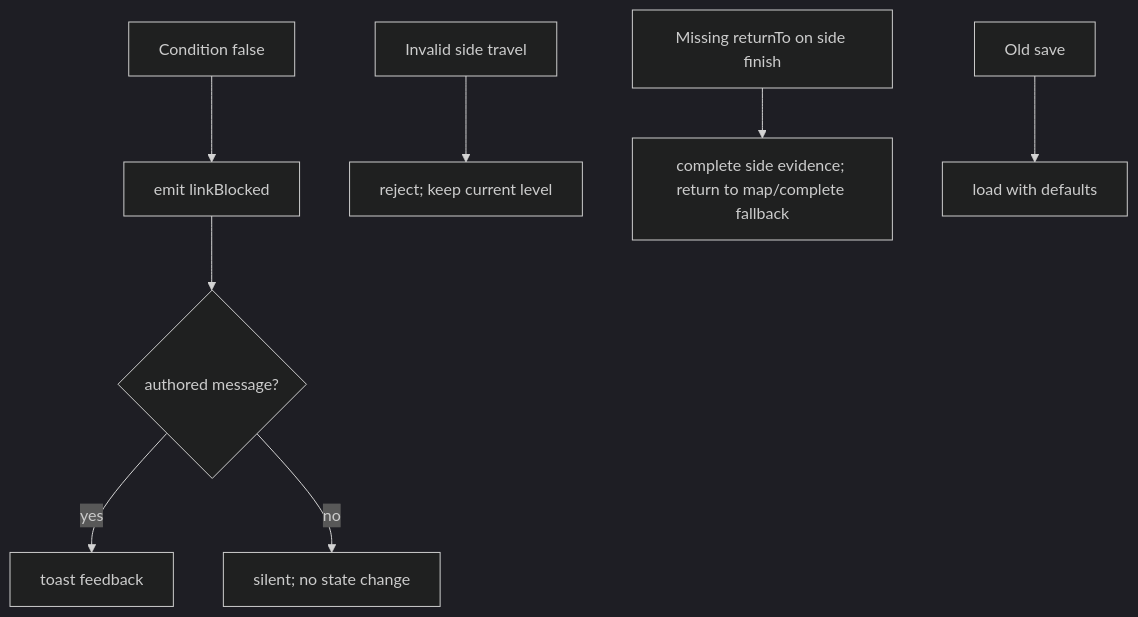
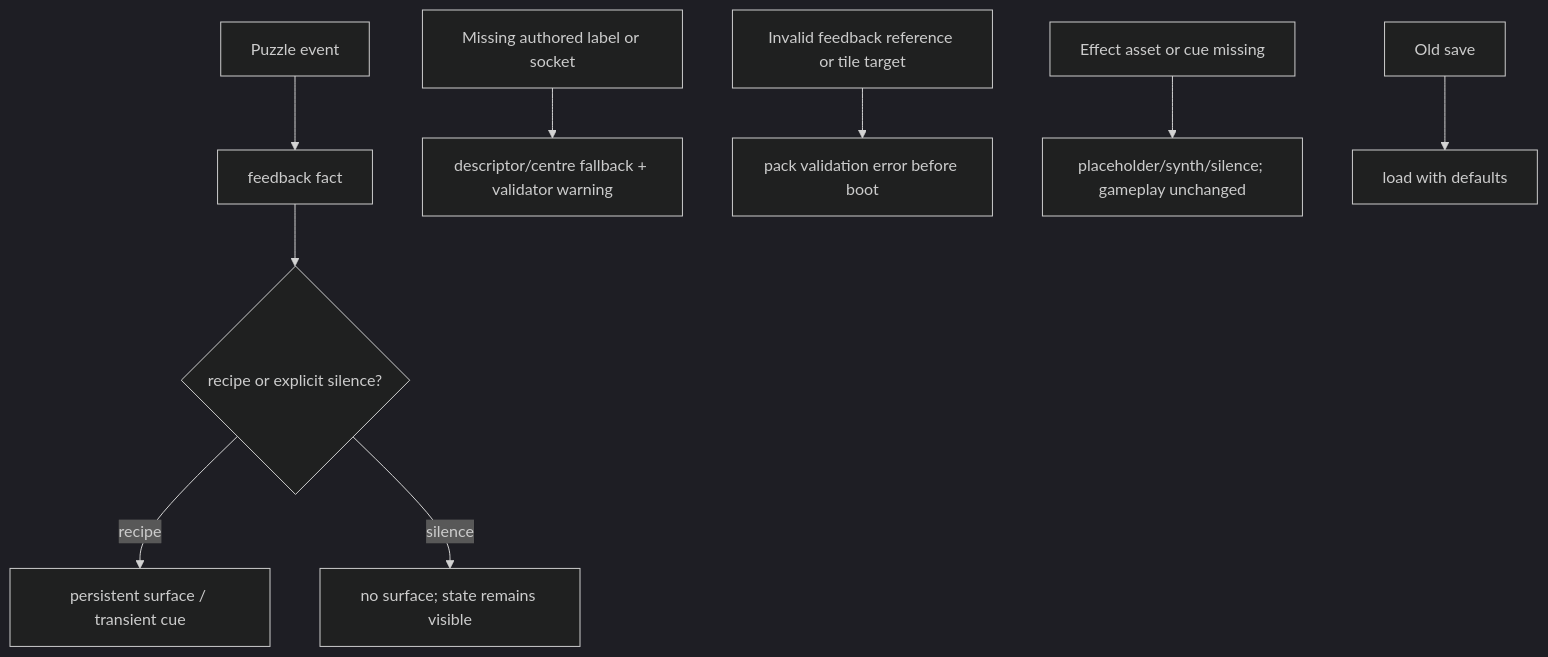
One commit to Snorre98/shrinkonauts changed the eighth of 10 diagrams in docs/puzzle-engine/architecture.md. Above: the diagram before and after it, drawn with Mermaid (dark theme). The commit also changed other lines of this file and 200 other files, not shown here.

````diff
--- a/docs/puzzle-engine/architecture.md
+++ b/docs/puzzle-engine/architecture.md
@@ -277,10 +371,11 @@
 ```mermaid
 flowchart TD
-    A[Condition false] --> B[emit linkBlocked]
-    B --> C{authored message?}
-    C -->|yes| D[toast feedback]
-    C -->|no| E[silent; no state change]
-    F[Invalid side travel] --> G[reject; keep current level]
-    H[Missing returnTo on side finish] --> I[complete side evidence; return to map/complete fallback]
-    J[Old save] --> K[load with defaults]
+    A[Puzzle event] --> B[feedback fact]
+    B --> C{recipe or explicit silence?}
+    C -->|recipe| D[persistent surface / transient cue]
+    C -->|silence| E[no surface; state remains visible]
+    F[Missing authored label or socket] --> G[descriptor/centre fallback + validator warning]
+    H[Invalid feedback reference or tile target] --> I[pack validation error before boot]
+    J[Effect asset or cue missing] --> K[placeholder/synth/silence; gameplay unchanged]
+    L[Old save] --> M[load with defaults]
 ```
````
